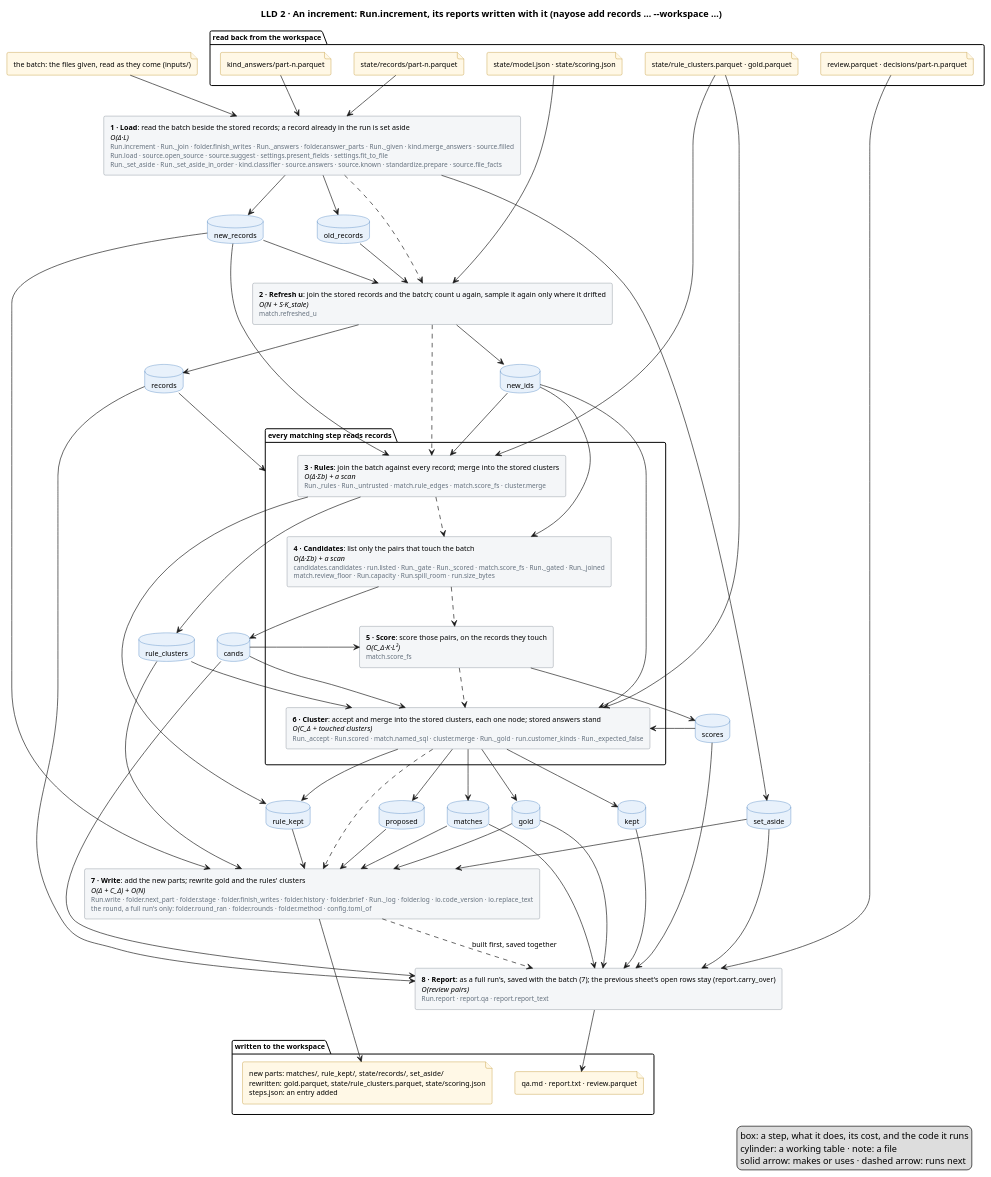
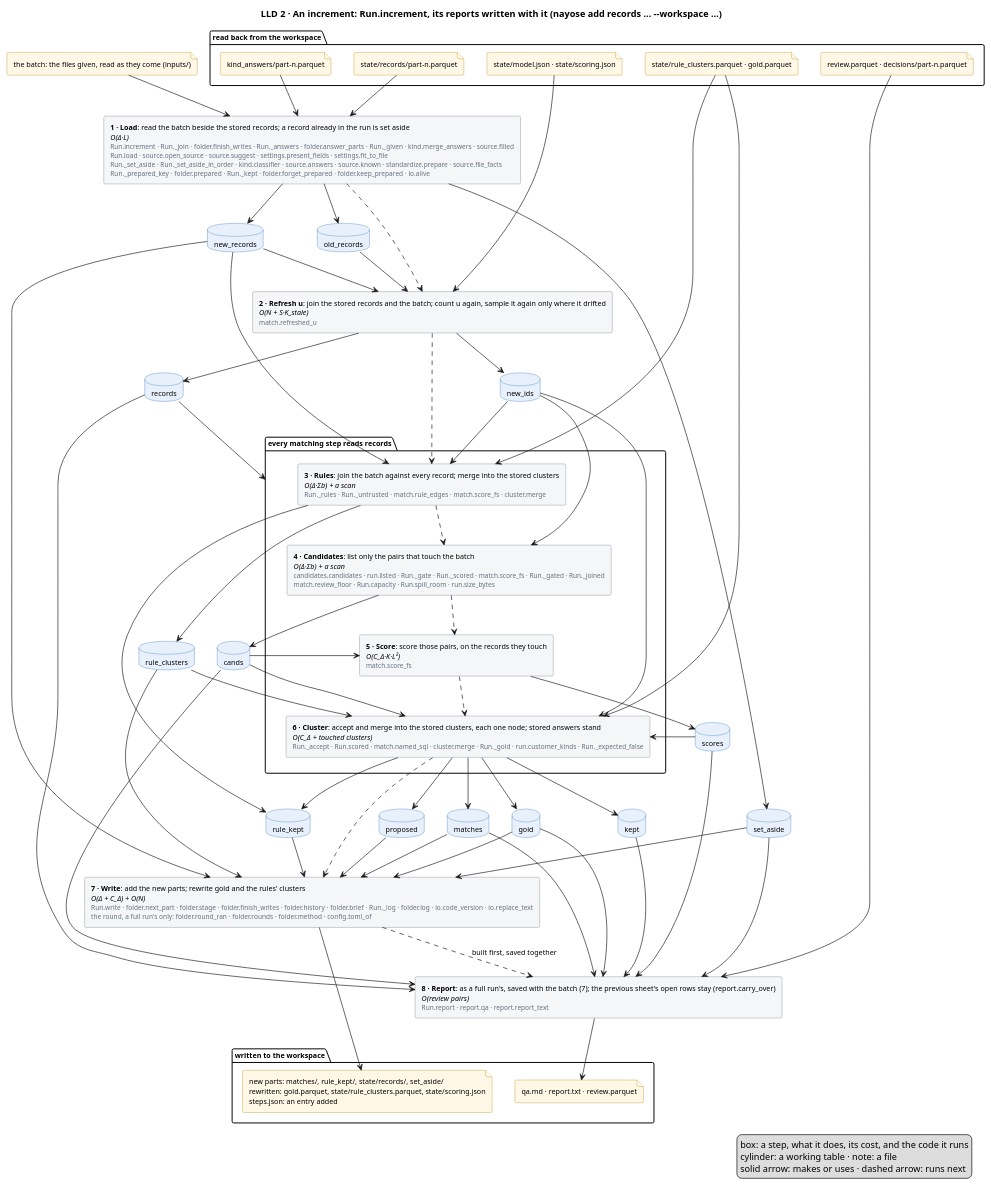
The diagram in docs/diagrams/increment.puml (mvsbm/entity_matching), drawn with PlantUML before and after one commit. The commit also changed 14 other files, not shown here.

First line of the commit message:
A full run keeps its cleaned records and reads them again while nothing they rest on changed

```diff
--- a/docs/diagrams/increment.puml
+++ b/docs/diagrams/increment.puml
@@ -1,119 +1,119 @@
 @startuml increment
 title LLD 2 · An increment: Run.increment, its reports written with it (nayose add records … ~--workspace …)
 skinparam defaultFontSize 11
 skinparam rectangle {
   BackgroundColor #F4F6F8
   BorderColor #65717E
 }
 skinparam database {
   BackgroundColor #E8F1FB
   BorderColor #2C6DB3
 }
 skinparam file {
   BackgroundColor #FFF8E6
   BorderColor #B07D00
 }
 
 package "read back from the workspace" {
   file "state/model.json · state/scoring.json" as f_model
   file "state/records/part-n.parquet" as f_records
   file "state/rule_clusters.parquet · gold.parquet" as f_clusters
   file "kind_answers/part-n.parquet" as f_answers
   file "review.parquet · decisions/part-n.parquet" as f_sheet
 }
 file "the batch: the files given, read as they come (inputs/)" as f_batch
 
 
-rectangle "<b>1 · Load</b>: read the batch beside the stored records; a record already in the run is set aside\n<i>O(Δ·L)</i>\n<size:10><color:#65717E>Run.increment · Run._join · folder.finish_writes · Run._answers · folder.answer_parts · Run._given · kind.merge_answers · source.filled</color></size>\n<size:10><color:#65717E>Run.load · source.open_source · source.suggest · settings.present_fields · settings.fit_to_file</color></size>\n<size:10><color:#65717E>Run._set_aside · Run._set_aside_in_order · kind.classifier · source.answers · source.known · standardize.prepare · source.file_facts</color></size>" as load
+rectangle "<b>1 · Load</b>: read the batch beside the stored records; a record already in the run is set aside\n<i>O(Δ·L)</i>\n<size:10><color:#65717E>Run.increment · Run._join · folder.finish_writes · Run._answers · folder.answer_parts · Run._given · kind.merge_answers · source.filled</color></size>\n<size:10><color:#65717E>Run.load · source.open_source · source.suggest · settings.present_fields · settings.fit_to_file</color></size>\n<size:10><color:#65717E>Run._set_aside · Run._set_aside_in_order · kind.classifier · source.answers · source.known · standardize.prepare · source.file_facts</color></size>\n<size:10><color:#65717E>Run._prepared_key · folder.prepared · Run._kept · folder.forget_prepared · folder.keep_prepared · io.alive</color></size>" as load
 rectangle "<b>2 · Refresh u</b>: join the stored records and the batch; count u again, sample it again only where it drifted\n<i>O(N + S·K_stale)</i>\n<size:10><color:#65717E>match.refreshed_u</color></size>" as fit
 package "every matching step reads records" as matching {
   rectangle "<b>3 · Rules</b>: join the batch against every record; merge into the stored clusters\n<i>O(Δ·Σb) + a scan</i>\n<size:10><color:#65717E>Run._rules · Run._untrusted · match.rule_edges · match.score_fs · cluster.merge</color></size>" as rules
   rectangle "<b>4 · Candidates</b>: list only the pairs that touch the batch\n<i>O(Δ·Σb) + a scan</i>\n<size:10><color:#65717E>candidates.candidates · run.listed · Run._gate · Run._scored · match.score_fs · Run._gated · Run._joined</color></size>\n<size:10><color:#65717E>match.review_floor · Run.capacity · Run.spill_room · run.size_bytes</color></size>" as candidates
   rectangle "<b>5 · Score</b>: score those pairs, on the records they touch\n<i>O(C_Δ·K·L²)</i>\n<size:10><color:#65717E>match.score_fs</color></size>" as score
   rectangle "<b>6 · Cluster</b>: accept and merge into the stored clusters, each one node; stored answers stand\n<i>O(C_Δ + touched clusters)</i>\n<size:10><color:#65717E>Run._accept · Run.scored · match.named_sql · cluster.merge · Run._gold · run.customer_kinds · Run._expected_false</color></size>" as cluster
 }
 rectangle "<b>7 · Write</b>: add the new parts; rewrite gold and the rules' clusters\n<i>O(Δ + C_Δ) + O(N)</i>\n<size:10><color:#65717E>Run.write · folder.next_part · folder.stage · folder.finish_writes · folder.history · folder.brief · Run._log · folder.log · io.code_version · io.replace_text</color></size>\n<size:10><color:#65717E>the round, a full run's only: folder.round_ran · folder.rounds · folder.method · config.toml_of</color></size>" as write
 rectangle "<b>8 · Report</b>: as a full run's, saved with the batch (7); the previous sheet's open rows stay (report.carry_over)\n<i>O(review pairs)</i>\n<size:10><color:#65717E>Run.report · report.qa · report.report_text</color></size>" as report
 database "old_records" as old_records
 database "new_records" as new_records
 database "set_aside" as set_aside
 database "records" as records
 database "new_ids" as new_ids
 database "rule_clusters" as rule_clusters
 database "rule_kept" as rule_kept
 database "cands" as cands
 database "scores" as scores
 database "matches" as matches
 database "proposed" as proposed
 database "kept" as kept
 database "gold" as gold
 
 package "written to the workspace" {
   file "new parts: matches/, rule_kept/, state/records/, set_aside/\nrewritten: gold.parquet, state/rule_clusters.parquet, state/scoring.json\nsteps.json: an entry added" as f_out
   file "qa.md · report.txt · review.parquet" as f_people
 }
 
 f_batch --> load
 f_records --> load
 f_answers --> load
 f_model --> fit
 f_clusters --> rules
 f_clusters --> cluster
 f_sheet --> report
 
 load ..> fit
 fit ..> rules
 rules ..> candidates
 candidates ..> score
 score ..> cluster
 cluster ..> write
 write ..> report : built first, saved together
 
 load --> old_records
 load --> new_records
 load --> set_aside
 old_records --> fit
 new_records --> fit
 fit --> records
 fit --> new_ids
 records --> matching
 new_records --> rules
 new_ids --> rules
 rules --> rule_clusters
 rules --> rule_kept
 new_ids --> candidates
 candidates --> cands
 cands --> score
 score --> scores
 new_ids --> cluster
 rule_clusters --> cluster
 cands --> cluster
 scores --> cluster
 cluster --> matches
 cluster --> proposed
 cluster --> kept
 cluster --> rule_kept
 kept --> report
 proposed --> write
 cluster --> gold
 new_records --> write
 rule_clusters --> write
 rule_kept --> write
 matches --> write
 gold --> write
 set_aside --> write
 records --> report
 cands --> report
 scores --> report
 matches --> report
 gold --> report
 set_aside --> report
 
 write --> f_out
 report --> f_people
 legend right
   box: a step, what it does, its cost, and the code it runs
   cylinder: a working table · note: a file
   solid arrow: makes or uses · dashed arrow: runs next
 endlegend
 @enduml
```
